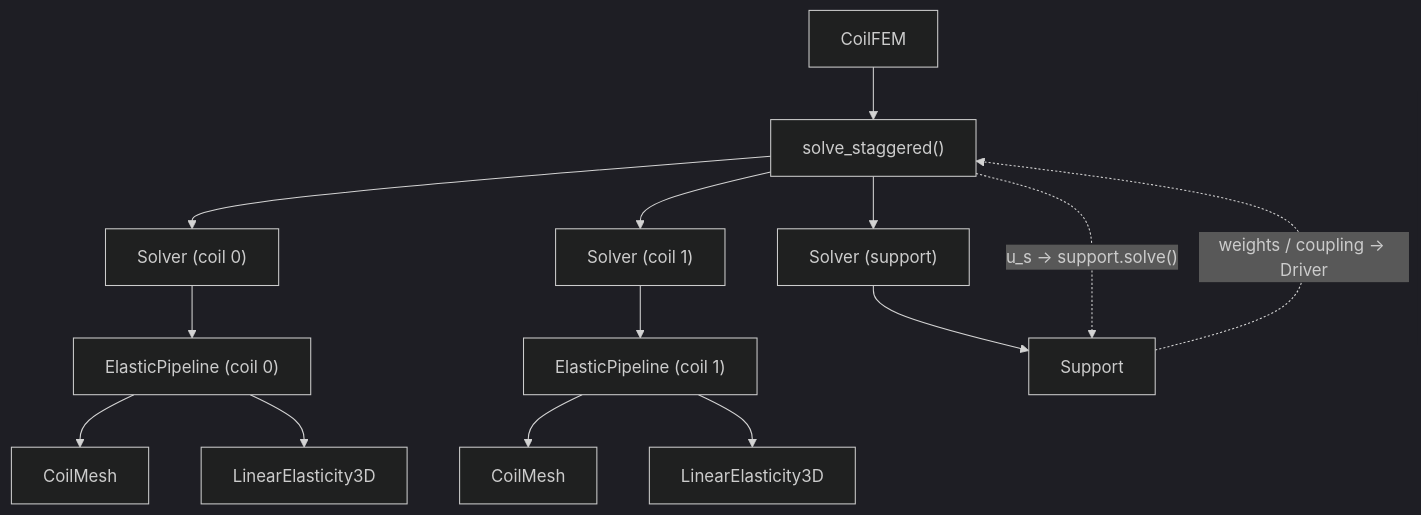
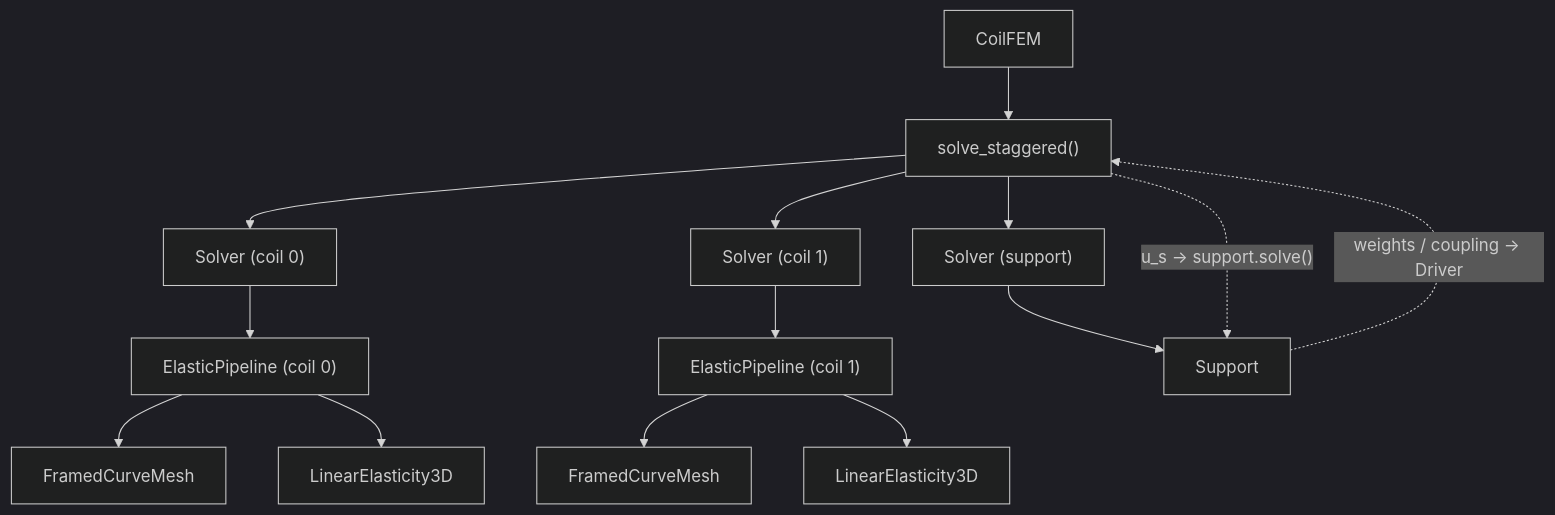
The second of 2 diagrams in docs/developers/support_structure.rst (lankef/coil-fem), drawn with Mermaid (dark theme) before and after one commit. The commit also changed other lines of this file and 23 other files, not shown here.

Commit message:
Preparing to add central support ring. Renaming CoilMesh into FramedCurveMesh. Adding CurveRZFourier support

```diff
--- a/docs/developers/support_structure.rst
+++ b/docs/developers/support_structure.rst
@@ -110,13 +110,13 @@
 .. mermaid::
 
    flowchart TD
        CoilFEM --> Driver["solve_staggered()"]
        Driver --> S1["Solver (coil 0)"] --> P0["ElasticPipeline (coil 0)"]
        Driver --> S2["Solver (coil 1)"] --> P1["ElasticPipeline (coil 1)"]
        Driver --> S3["Solver (support)"] --> Sup[Support]
-       P0 --> M0[CoilMesh]
+       P0 --> M0[FramedCurveMesh]
        P0 --> L0[LinearElasticity3D]
-       P1 --> M1[CoilMesh]
+       P1 --> M1[FramedCurveMesh]
        P1 --> L1[LinearElasticity3D]
        Driver -.->|"u_s → support.solve()"| Sup
        Sup -.->|"weights / coupling → Driver"| Driver
```
